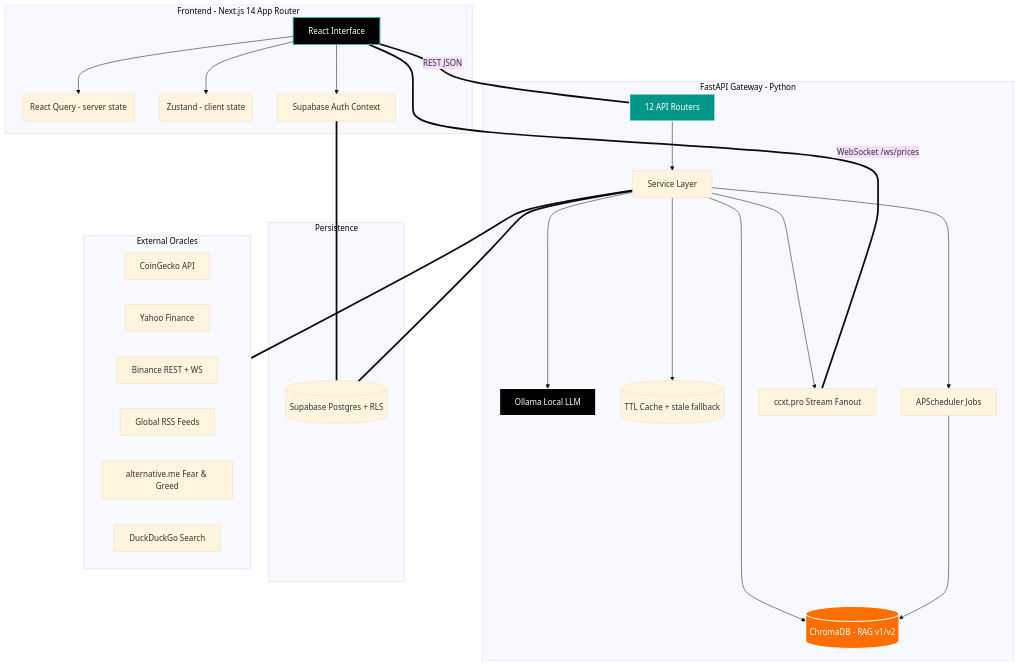
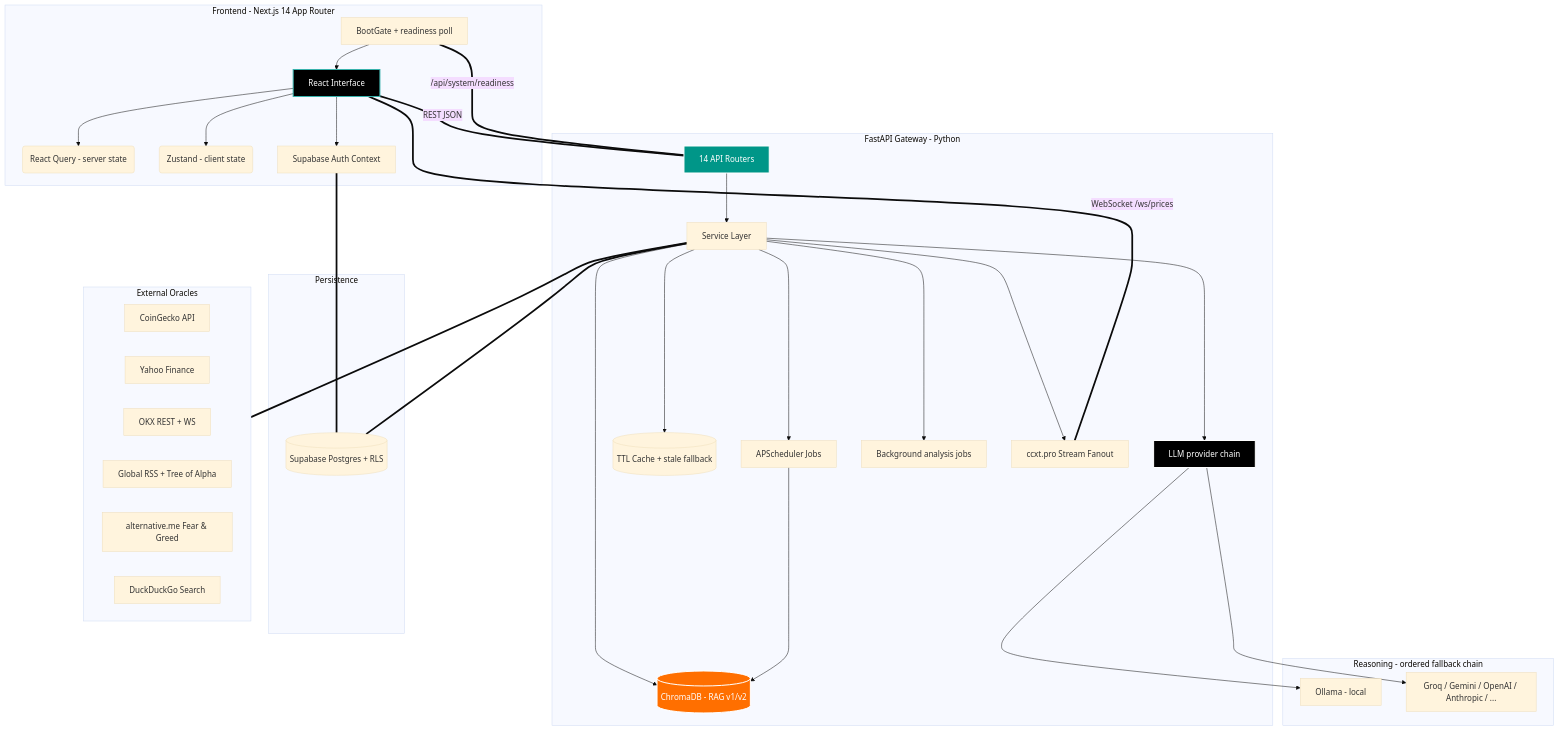
The diagram in README.md (Yigtwxx/OracleX), drawn with Mermaid (base theme) before and after one commit. The commit also changed other lines of this file, not shown here.

Commit message:
feat: refactor backend services and LLM integration while enhancing frontend analysis and dashboard components

````diff
--- a/README.md
+++ b/README.md
@@ -100,42 +121,52 @@
 ```mermaid
 graph TD;
     subgraph Client [Frontend - Next.js 14 App Router]
-    UI[React Interface] --> RQ(React Query - server state)
+    Gate[BootGate + readiness poll] --> UI[React Interface]
+    UI --> RQ(React Query - server state)
     UI --> Zustand(Zustand - client state)
     UI --> Auth[Supabase Auth Context]
     end
 
     subgraph API [FastAPI Gateway - Python]
-    Router[12 API Routers] --> Manager[Service Layer]
-    Manager --> LLM[Ollama Local LLM]
+    Router[14 API Routers] --> Manager[Service Layer]
+    Manager --> LLM[LLM provider chain]
     Manager --> RAG[(ChromaDB - RAG v1/v2)]
     Manager --> Cache[(TTL Cache + stale fallback)]
     Manager --> Sched[APScheduler Jobs]
+    Manager --> Jobs[Background analysis jobs]
     Manager --> WSS[ccxt.pro Stream Fanout]
+    end
+
+    subgraph Brain [Reasoning - ordered fallback chain]
+    OL[Ollama - local]
+    CLOUD[Groq / Gemini / OpenAI / Anthropic / ...]
     end
 
     subgraph Data [Persistence]
     SB[(Supabase Postgres + RLS)]
     end
 
     subgraph External [External Oracles]
     CG[CoinGecko API]
     YF[Yahoo Finance]
-    BN[Binance REST + WS]
-    RSS[Global RSS Feeds]
+    OKX[OKX REST + WS]
+    RSS[Global RSS + Tree of Alpha]
     FG[alternative.me Fear & Greed]
     DDG[DuckDuckGo Search]
     end
 
     UI ===|REST JSON| Router
+    Gate ===|/api/system/readiness| Router
     UI ===|WebSocket /ws/prices| WSS
     Auth === SB
     Manager === SB
     Manager === External
+    LLM --> OL
+    LLM --> CLOUD
     Sched --> RAG
 
     style UI fill:#000000,stroke:#38B2AC,stroke-width:2px,color:#fff
     style Router fill:#009688,stroke:#fff,stroke-width:2px,color:#fff
     style LLM fill:#000000,stroke:#fff,stroke-width:2px,color:#fff
     style RAG fill:#FF6F00,stroke:#fff,stroke-width:2px,color:#fff
 ```
````
